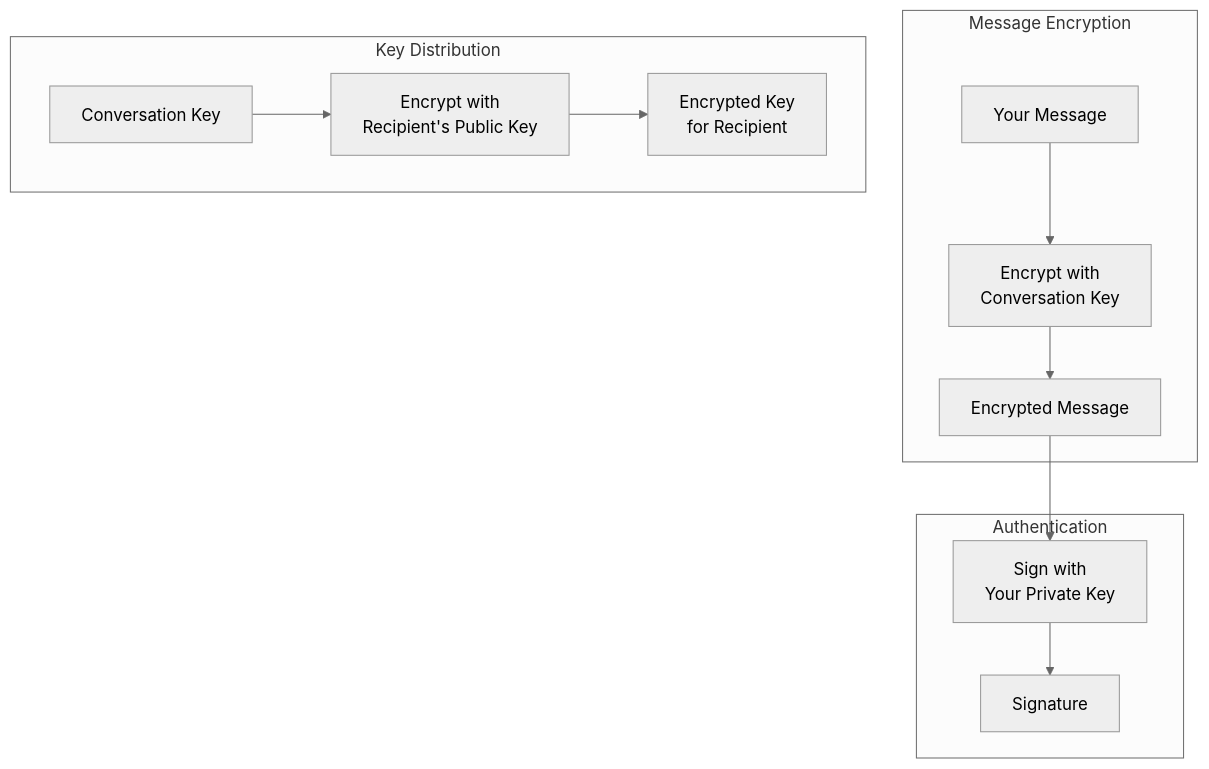
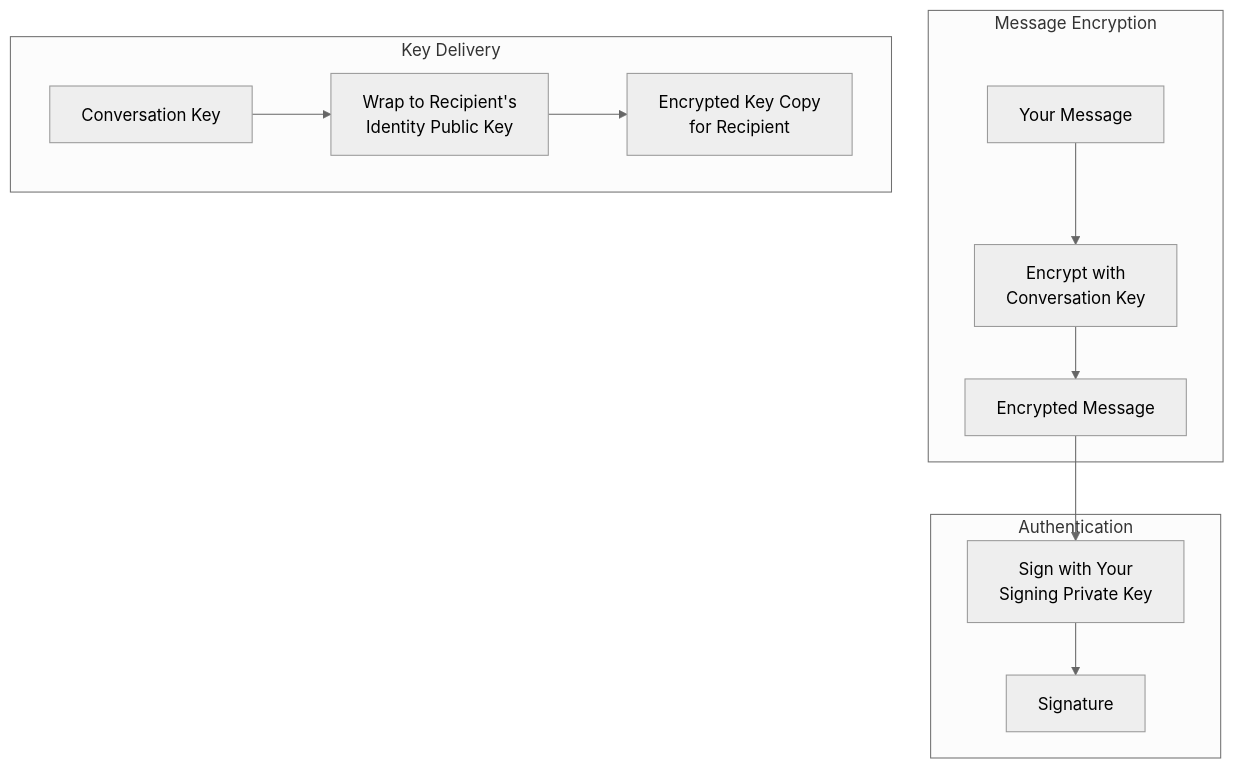
One commit to xdevplatform/docs changed the first of 2 diagrams in xchat/cryptography-primer.mdx. Above: the diagram before and after it, drawn with Mermaid (neutral theme). The commit also changed other lines of this file, not shown here.

````diff
--- a/xchat/cryptography-primer.mdx
+++ b/xchat/cryptography-primer.mdx
@@ -30,17 +65,17 @@
 ```mermaid
 flowchart TB
     subgraph "Message Encryption"
         A[Your Message] --> B[Encrypt with<br/>Conversation Key]
         B --> C[Encrypted Message]
     end
-    
-    subgraph "Key Distribution"
-        D[Conversation Key] --> E[Encrypt with<br/>Recipient's Public Key]
-        E --> F[Encrypted Key<br/>for Recipient]
+
+    subgraph "Key Delivery"
+        D[Conversation Key] --> E[Wrap to Recipient's<br/>Identity Public Key]
+        E --> F[Encrypted Key Copy<br/>for Recipient]
     end
-    
+
     subgraph "Authentication"
-        C --> G[Sign with<br/>Your Private Key]
+        C --> G[Sign with Your<br/>Signing Private Key]
         G --> H[Signature]
     end
 ```
````
